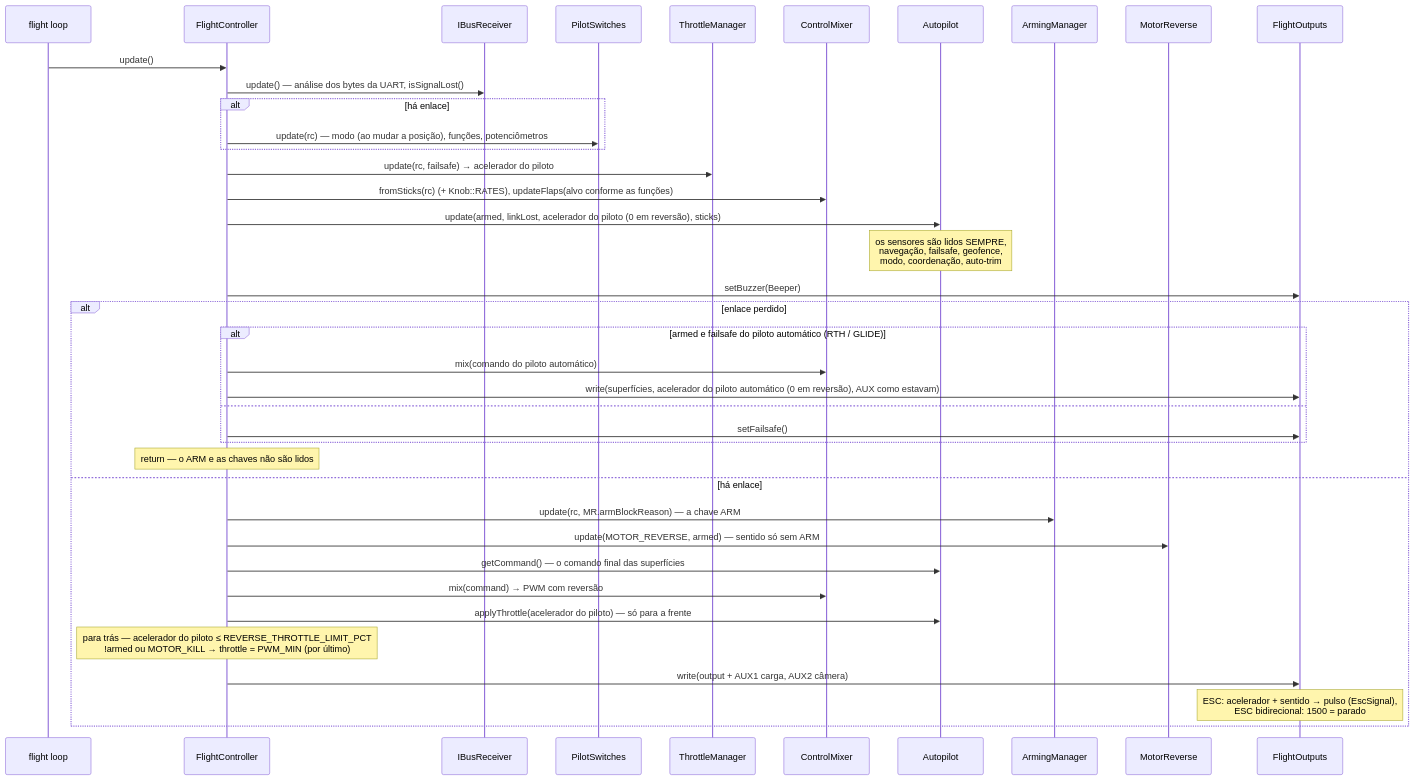
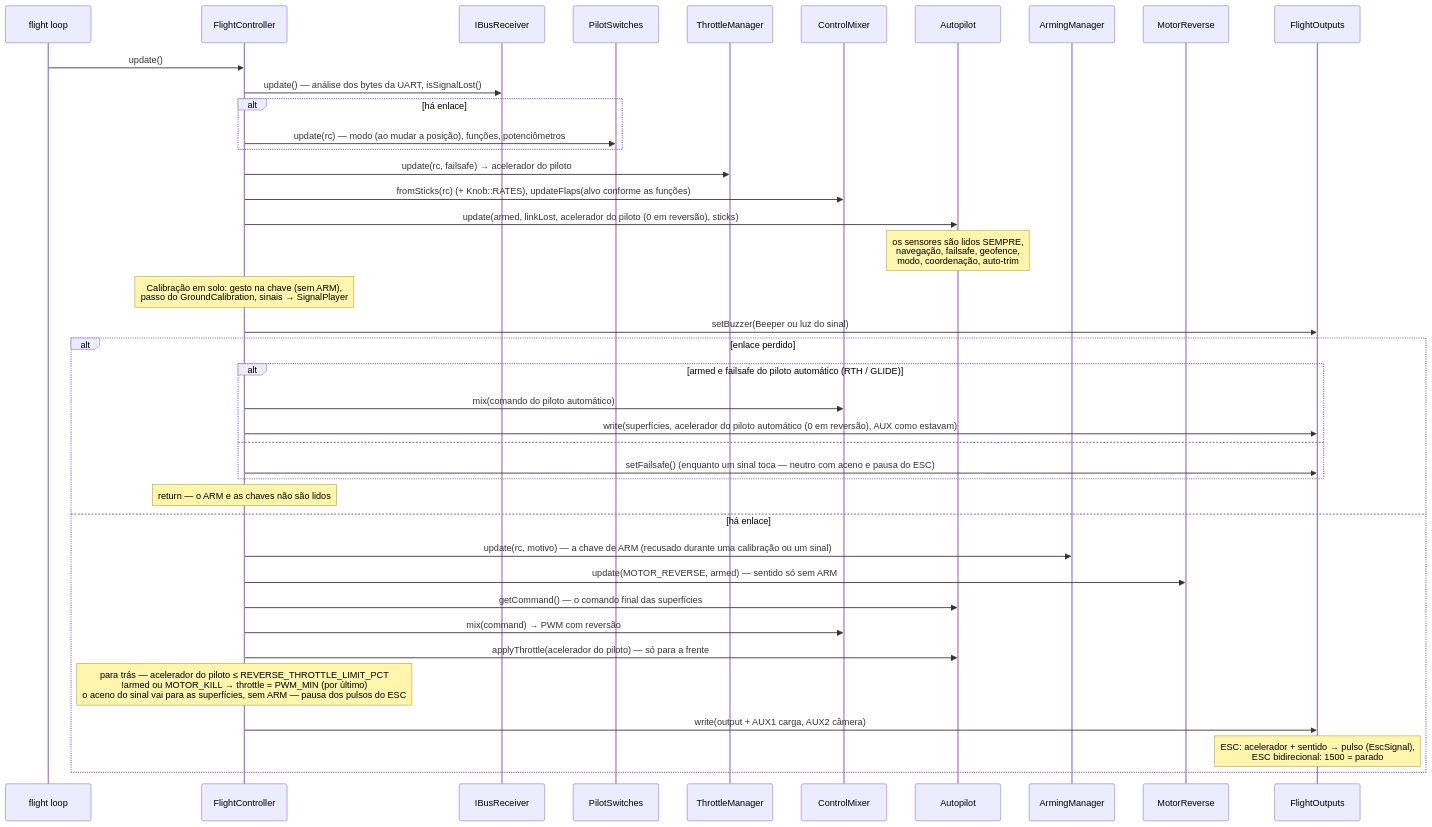
One commit to damir-lebedev/OpenPlaneProject changed the sixth of 12 diagrams in docs/i18n/pt-BR/ARCHITECTURE.md. Above: the diagram before and after it, drawn with Mermaid. The commit also changed other lines of this file and 215 other files, not shown here.

````diff
--- a/docs/i18n/pt-BR/ARCHITECTURE.md
+++ b/docs/i18n/pt-BR/ARCHITECTURE.md
@@ -355,42 +355,43 @@
 ```mermaid
 sequenceDiagram
     participant L as flight loop
     participant FC as FlightController
     participant RX as IBusReceiver
     participant SW as PilotSwitches
     participant TM as ThrottleManager
     participant MX as ControlMixer
     participant AP as Autopilot
     participant AM as ArmingManager
     participant MR as MotorReverse
     participant OUT as FlightOutputs
 
     L->>FC: update()
     FC->>RX: update() — análise dos bytes da UART, isSignalLost()
     alt há enlace
         FC->>SW: update(rc) — modo (ao mudar a posição), funções, potenciômetros
     end
     FC->>TM: update(rc, failsafe) → acelerador do piloto
     FC->>MX: fromSticks(rc) (+ Knob::RATES), updateFlaps(alvo conforme as funções)
     FC->>AP: update(armed, linkLost, acelerador do piloto (0 em reversão), sticks)
     Note over AP: os sensores são lidos SEMPRE,<br/>navegação, failsafe, geofence,<br/>modo, coordenação, auto-trim
-    FC->>OUT: setBuzzer(Beeper)
+    Note over FC: Calibração em solo: gesto na chave (sem ARM),<br/>passo do GroundCalibration, sinais → SignalPlayer
+    FC->>OUT: setBuzzer(Beeper ou luz do sinal)
     alt enlace perdido
         alt armed e failsafe do piloto automático (RTH / GLIDE)
             FC->>MX: mix(comando do piloto automático)
             FC->>OUT: write(superfícies, acelerador do piloto automático (0 em reversão), AUX como estavam)
         else
-            FC->>OUT: setFailsafe()
+            FC->>OUT: setFailsafe() (enquanto um sinal toca — neutro com aceno e pausa do ESC)
         end
         Note over FC: return — o ARM e as chaves não são lidos
     else há enlace
-        FC->>AM: update(rc, MR.armBlockReason) — a chave ARM
+        FC->>AM: update(rc, motivo) — a chave de ARM (recusado durante uma calibração ou um sinal)
         FC->>MR: update(MOTOR_REVERSE, armed) — sentido só sem ARM
         FC->>AP: getCommand() — o comando final das superfícies
         FC->>MX: mix(command) → PWM com reversão
         FC->>AP: applyThrottle(acelerador do piloto) — só para a frente
-        Note over FC: para trás — acelerador do piloto ≤ REVERSE_THROTTLE_LIMIT_PCT<br/>!armed ou MOTOR_KILL → throttle = PWM_MIN (por último)
+        Note over FC: para trás — acelerador do piloto ≤ REVERSE_THROTTLE_LIMIT_PCT<br/>!armed ou MOTOR_KILL → throttle = PWM_MIN (por último)<br/>o aceno do sinal vai para as superfícies, sem ARM — pausa dos pulsos do ESC
         FC->>OUT: write(output + AUX1 carga, AUX2 câmera)
         Note over OUT: ESC: acelerador + sentido → pulso (EscSignal),<br/>ESC bidirecional: 1500 = parado
     end
 ```
````
